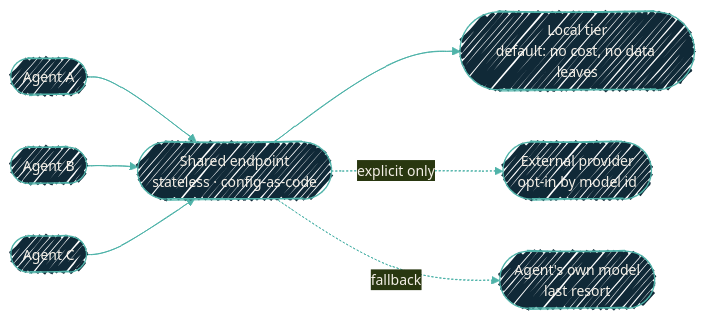
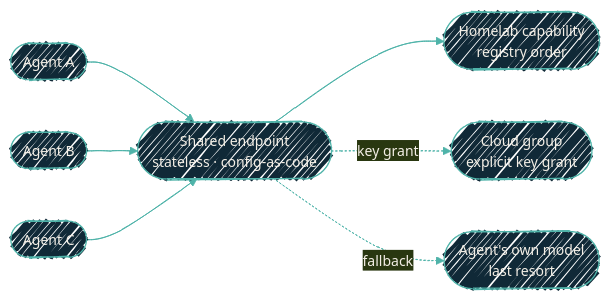
The diagram in ai-development/model-routing.mdx (dryvist/docs), drawn with Mermaid before and after one commit. The commit also changed other lines of this file and 7 other files, not shown here.

````diff
--- a/ai-development/model-routing.mdx
+++ b/ai-development/model-routing.mdx
@@ -11,11 +11,11 @@
 ```mermaid
 %%{init:
   {'theme':'base','look':'handDrawn','themeVariables':{'fontFamily':'Geist','fontSize':'14px','primaryColor':'#102937','primaryTextColor':'#F4EFE6','primaryBorderColor':'#4FB3A9','lineColor':'#4FB3A9'}}}%%
   flowchart LR
   A1([Agent A]) --> EP([Shared endpoint<br/>stateless · config-as-code])
   A2([Agent B]) --> EP
   A3([Agent C]) --> EP
-  EP --> L([Local tier<br/>default: no cost, no data leaves])
-  EP -.explicit only.-> X([External provider<br/>opt-in by model id])
+  EP --> L([Homelab capability<br/>registry order])
+  EP -.key grant.-> X([Cloud group<br/>explicit key grant])
   EP -.fallback.-> S([Agent's own model<br/>last resort])
 ```
````
